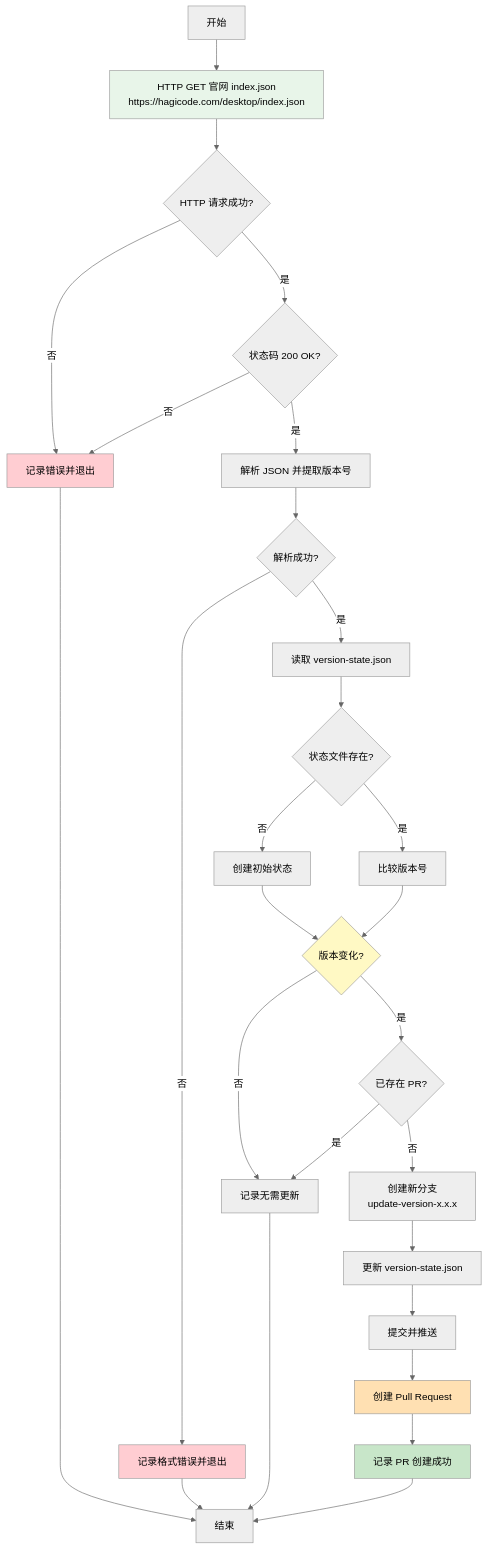
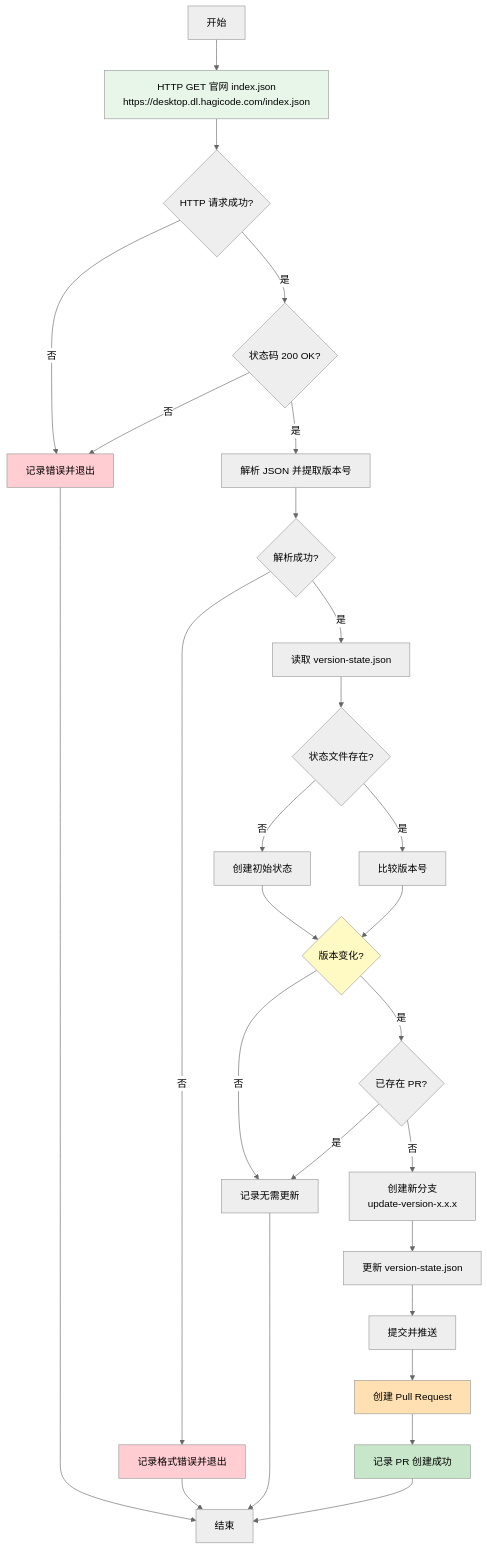
One commit to PCode-org/docs changed the second of 3 diagrams in openspec/changes/archive/2026-02-09-version-monitor-auto-deployment/design.md. Above: the diagram before and after it, drawn with Mermaid (neutral theme). The commit also changed other lines of this file and 7 other files, not shown here.

````diff
--- a/openspec/changes/archive/2026-02-09-version-monitor-auto-deployment/design.md
+++ b/openspec/changes/archive/2026-02-09-version-monitor-auto-deployment/design.md
@@ -197,36 +197,36 @@
 ```mermaid
 flowchart TD
-    A[开始] --> B[HTTP GET 官网 index.json<br/>https://hagicode.com/desktop/index.json]
+    A[开始] --> B[HTTP GET 官网 index.json<br/>https://desktop.dl.hagicode.com/index.json]
     B --> C{HTTP 请求成功?}
     C -->|否| D[记录错误并退出]
     C -->|是| E{状态码 200 OK?}
     E -->|否| D
     E -->|是| F[解析 JSON 并提取版本号]
     F --> G{解析成功?}
     G -->|否| H[记录格式错误并退出]
     G -->|是| I[读取 version-state.json]
     I --> J{状态文件存在?}
     J -->|否| K[创建初始状态]
     J -->|是| L[比较版本号]
     K --> M{版本变化?}
     L --> M
     M -->|否| N[记录无需更新]
     M -->|是| O{已存在 PR?}
     O -->|是| N
     O -->|否| P[创建新分支<br/>update-version-x.x.x]
     P --> Q[更新 version-state.json]
     Q --> R[提交并推送]
     R --> S[创建 Pull Request]
     S --> T[记录 PR 创建成功]
     T --> U[结束]
     N --> U
     D --> U
     H --> U
 
     style M fill:#fff9c4
     style S fill:#ffe0b2
     style T fill:#c8e6c9
     style D fill:#ffcdd2
     style H fill:#ffcdd2
     style B fill:#e8f5e9
 ```
````
